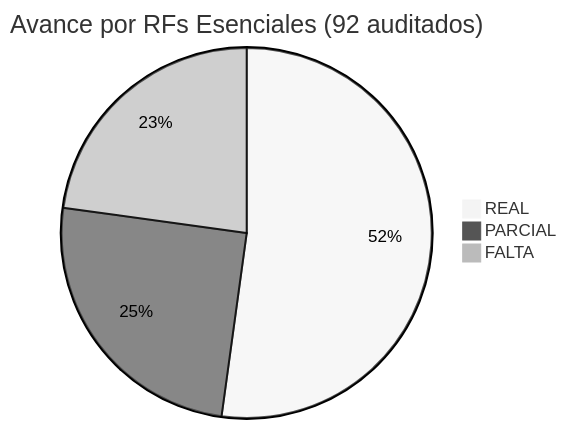
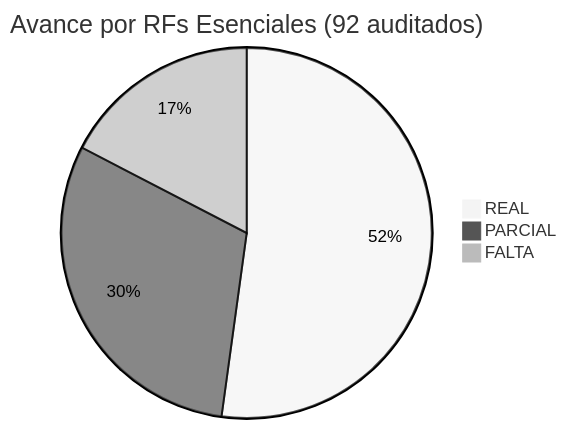
One commit to Brian7st/GastrosenaFrontend changed the first of 5 diagrams in .ai/nav-map.md. Above: the diagram before and after it, drawn with Mermaid (neutral theme). The commit also changed other lines of this file, not shown here.

````diff
--- a/.ai/nav-map.md
+++ b/.ai/nav-map.md
@@ -21,6 +21,6 @@
 ```mermaid
 pie title Avance por RFs Esenciales (92 auditados)
     "REAL" : 48
-    "PARCIAL" : 23
-    "FALTA" : 21
+    "PARCIAL" : 28
+    "FALTA" : 16
 ```
````
